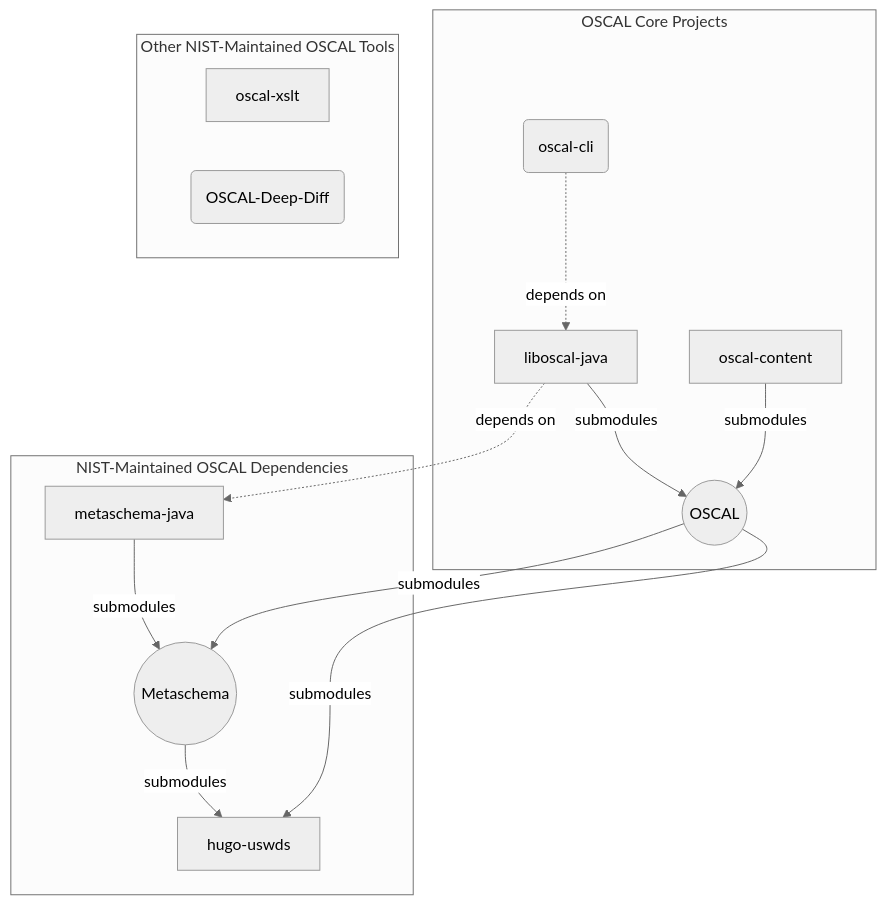
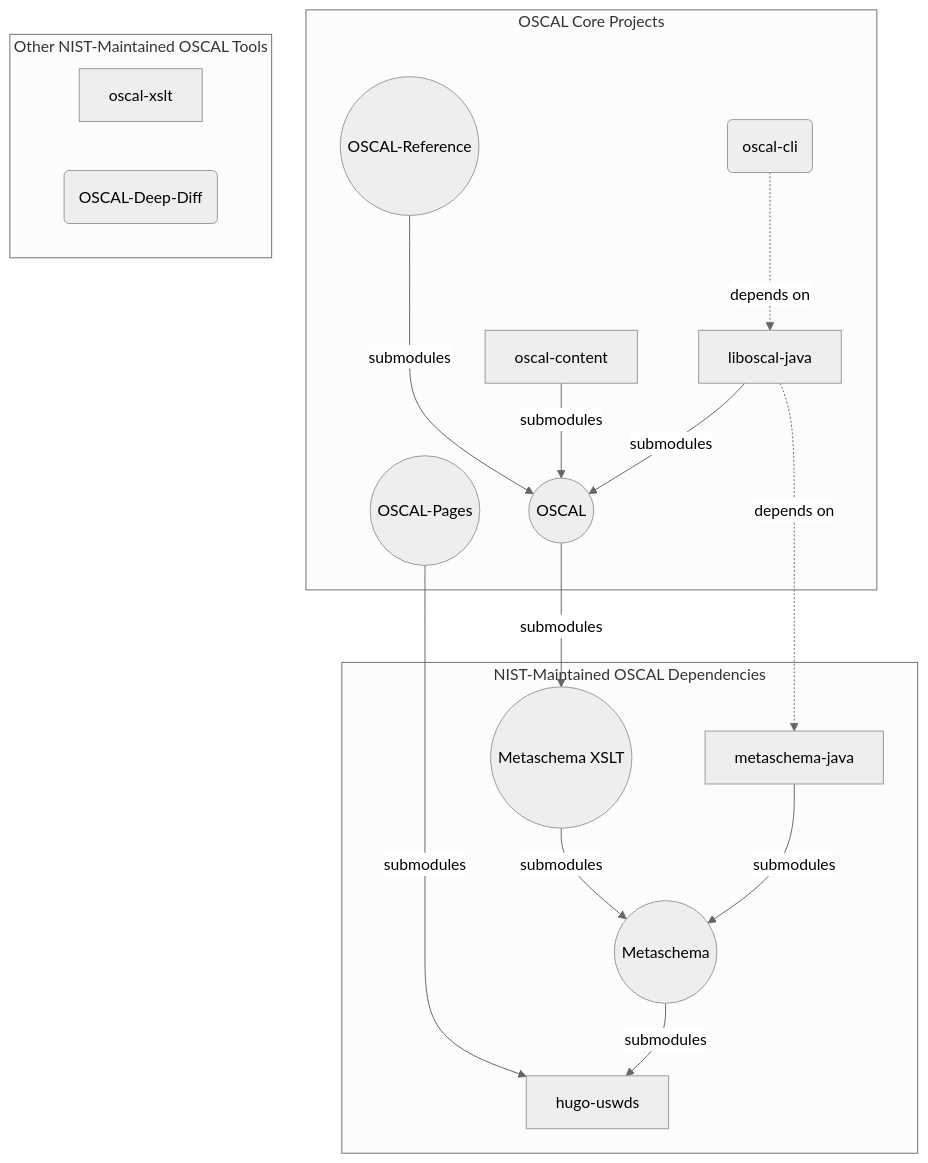
One commit to usnistgov/OSCAL-Pages changed the diagram in src/content/about/projects/_index.md. Above: the diagram before and after it, drawn with Mermaid (neutral theme).

Commit message:
Update diagram of project structure for usnistgov/OSCAL-Pages#17.

```diff
--- a/src/content/about/projects/_index.md
+++ b/src/content/about/projects/_index.md
@@ -13,30 +13,35 @@
 {{<mermaid>}}
 graph TD
     subgraph "NIST-Maintained OSCAL Dependencies"
         metaschema((Metaschema))
+        metaschema-xslt((Metaschema XSLT))
         metaschema-java
         hugo-uswds
         
         metaschema-java-->|submodules|metaschema
+        metaschema-xslt-->|submodules|metaschema
         metaschema-->|submodules|hugo-uswds
     end
 
     subgraph "OSCAL Core Projects"
+        oscal-pages((OSCAL-Pages))
+        oscal-reference((OSCAL-Reference))
         oscal((OSCAL));
         liboscal-java
         oscal-cli(oscal-cli)
         oscal-content
 
+        oscal-reference--->|submodules|oscal
         oscal-cli-.->|depends on|liboscal-java-->|submodules|oscal
         oscal-content-->|submodules|oscal
     end
     
     subgraph "Other NIST-Maintained OSCAL Tools"
         oscal-xslt
         oscal-deep-diff(OSCAL-Deep-Diff)
     end
     
-    oscal-->|submodules|metaschema
-    oscal-->|submodules|hugo-uswds
+    oscal-->|submodules|metaschema-xslt
+    oscal-pages-->|submodules|hugo-uswds
     liboscal-java-.->|depends on|metaschema-java
 {{</mermaid>}}
```
